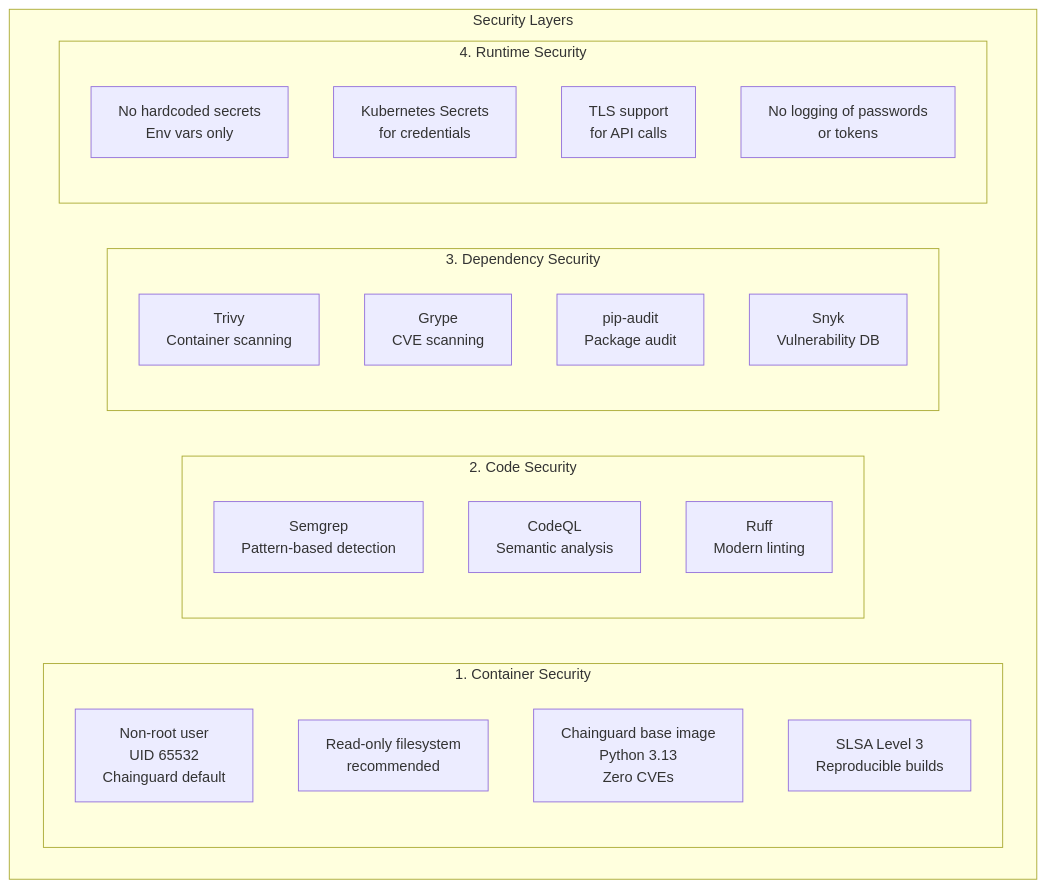
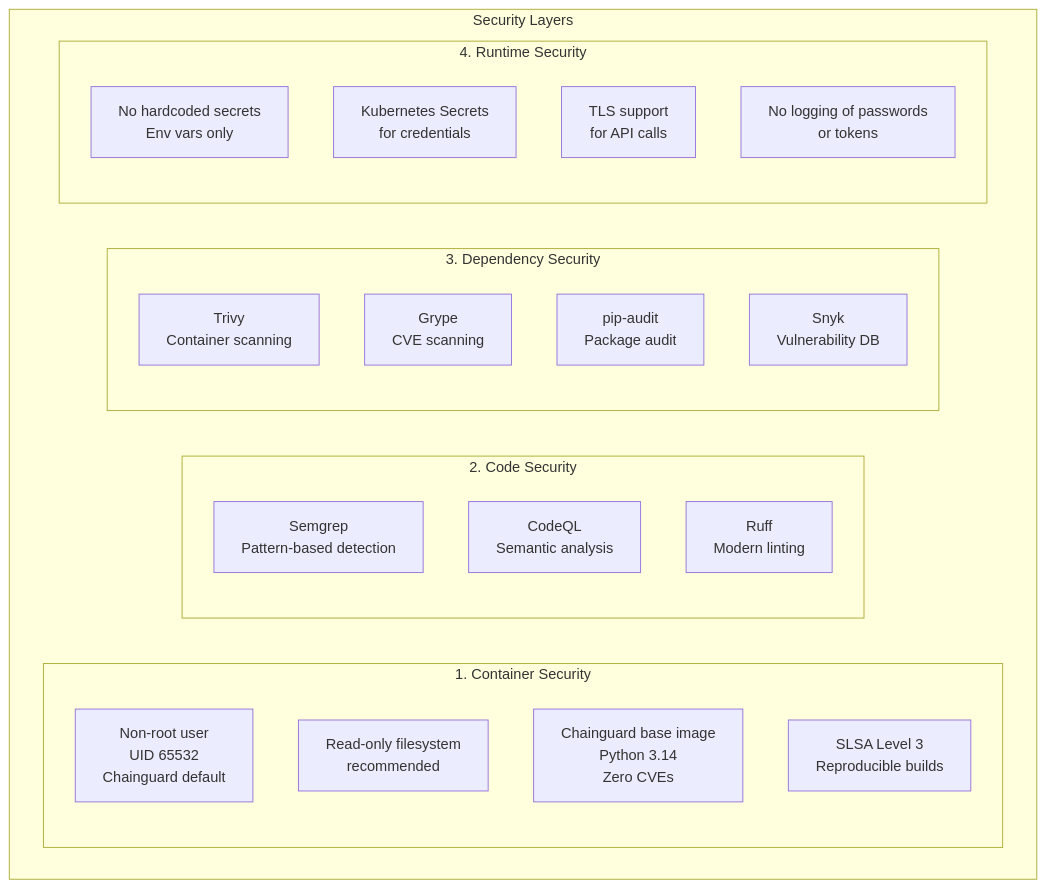
Before and after one commit to djr747/external-dns-technitium-webhook: the eighth of 8 diagrams in docs/architecture/ARCHITECTURE.md, drawn with Mermaid. The commit also changed other lines of this file and 26 other files, not shown here.

````diff
--- a/docs/architecture/ARCHITECTURE.md
+++ b/docs/architecture/ARCHITECTURE.md
@@ -284,31 +310,31 @@
 ```mermaid
 graph TB
     subgraph SecurityLayers["Security Layers"]
         subgraph Container["1. Container Security"]
             NonRoot["Non-root user<br/>UID 65532<br/>Chainguard default"]
             ReadOnly["Read-only filesystem<br/>recommended"]
-            Minimal["Chainguard base image<br/>Python 3.13<br/>Zero CVEs"]
+            Minimal["Chainguard base image<br/>Python 3.14<br/>Zero CVEs"]
             SLSA["SLSA Level 3<br/>Reproducible builds"]
         end
         
         subgraph CodeSec["2. Code Security"]
             Semgrep["Semgrep<br/>Pattern-based detection"]
             CodeQL["CodeQL<br/>Semantic analysis"]
             Ruff["Ruff<br/>Modern linting"]
         end
         
         subgraph DepSec["3. Dependency Security"]
             Trivy["Trivy<br/>Container scanning"]
             Grype["Grype<br/>CVE scanning"]
             PipAudit["pip-audit<br/>Package audit"]
             Snyk["Snyk<br/>Vulnerability DB"]
         end
         
         subgraph Runtime["4. Runtime Security"]
             Secrets["No hardcoded secrets<br/>Env vars only"]
             K8sSecrets["Kubernetes Secrets<br/>for credentials"]
             TLS["TLS support<br/>for API calls"]
             NoLog["No logging of passwords<br/>or tokens"]
         end
     end
 ```
````
